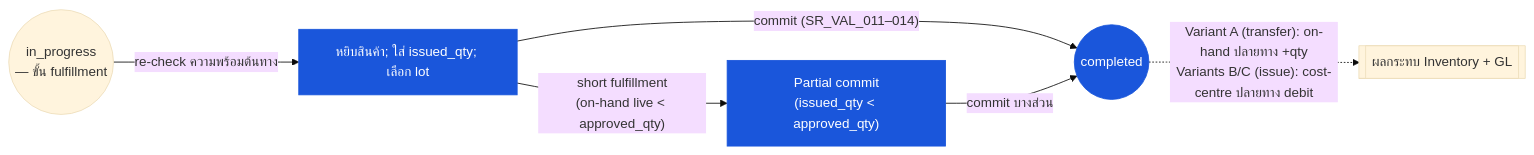
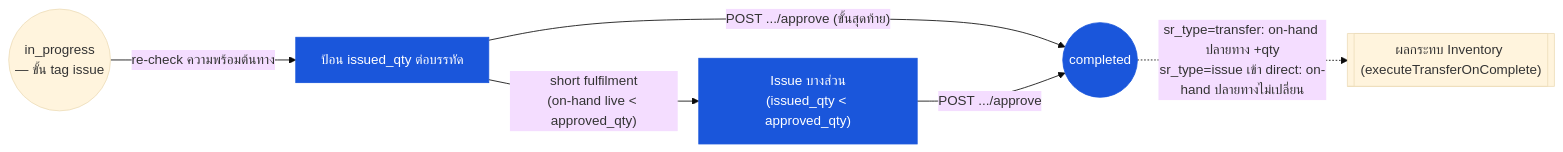
One commit to CarmenSoftware-organization/carmen-wiki changed the diagram in th/inventory/store-requisition/03-user-flow-fulfiller.md. Above: the diagram before and after it, drawn with Mermaid (base theme). The commit also changed other lines of this file and 34 other files, not shown here.

````diff
--- a/th/inventory/store-requisition/03-user-flow-fulfiller.md
+++ b/th/inventory/store-requisition/03-user-flow-fulfiller.md
@@ -23,9 +24,9 @@
 ```mermaid
 graph LR
-    approved(("in_progress\n— ขั้น fulfillment")) -->|"re-check ความพร้อมต้นทาง"| pick["หยิบสินค้า; ใส่ issued_qty; เลือก lot"]:::current
-    pick -->|"commit (SR_VAL_011–014)"| completed(("completed")):::current
-    pick -->|"short fulfillment\n(on-hand live < approved_qty)"| partial["Partial commit\n(issued_qty < approved_qty)"]:::current
-    partial -->|"commit บางส่วน"| completed
-    completed -.->|"Variant A (transfer): on-hand ปลายทาง +qty\nVariants B/C (issue): cost-centre ปลายทาง debit"| effects[["ผลกระทบ Inventory + GL"]]
+    approved(("in_progress\n— ขั้น tag issue")) -->|"re-check ความพร้อมต้นทาง"| pick["ป้อน issued_qty ต่อบรรทัด"]:::current
+    pick -->|"POST .../approve (ขั้นสุดท้าย)"| completed(("completed")):::current
+    pick -->|"short fulfilment\n(on-hand live < approved_qty)"| partial["Issue บางส่วน\n(issued_qty < approved_qty)"]:::current
+    partial -->|"POST .../approve"| completed
+    completed -.->|"sr_type=transfer: on-hand ปลายทาง +qty\nsr_type=issue เข้า direct: on-hand ปลายทางไม่เปลี่ยน"| effects[["ผลกระทบ Inventory (executeTransferOnComplete)"]]
     classDef current fill:#1a56db,color:#fff,stroke:#1a56db;
 ```
````
